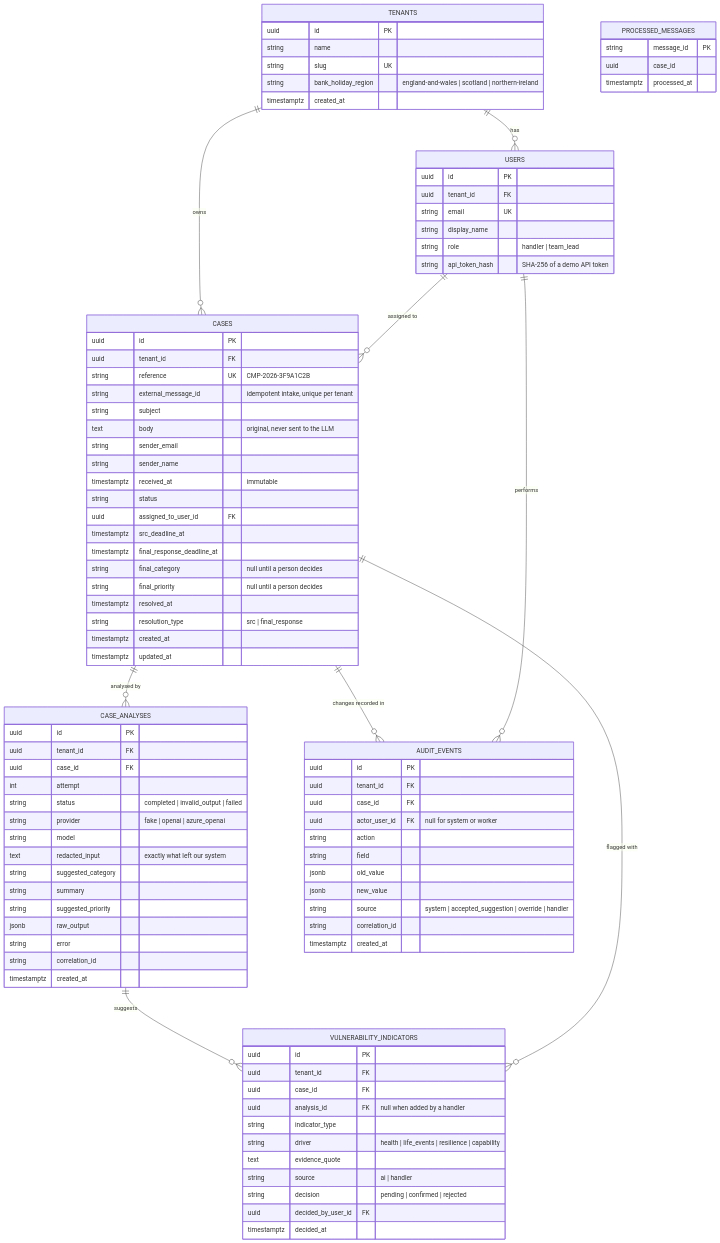
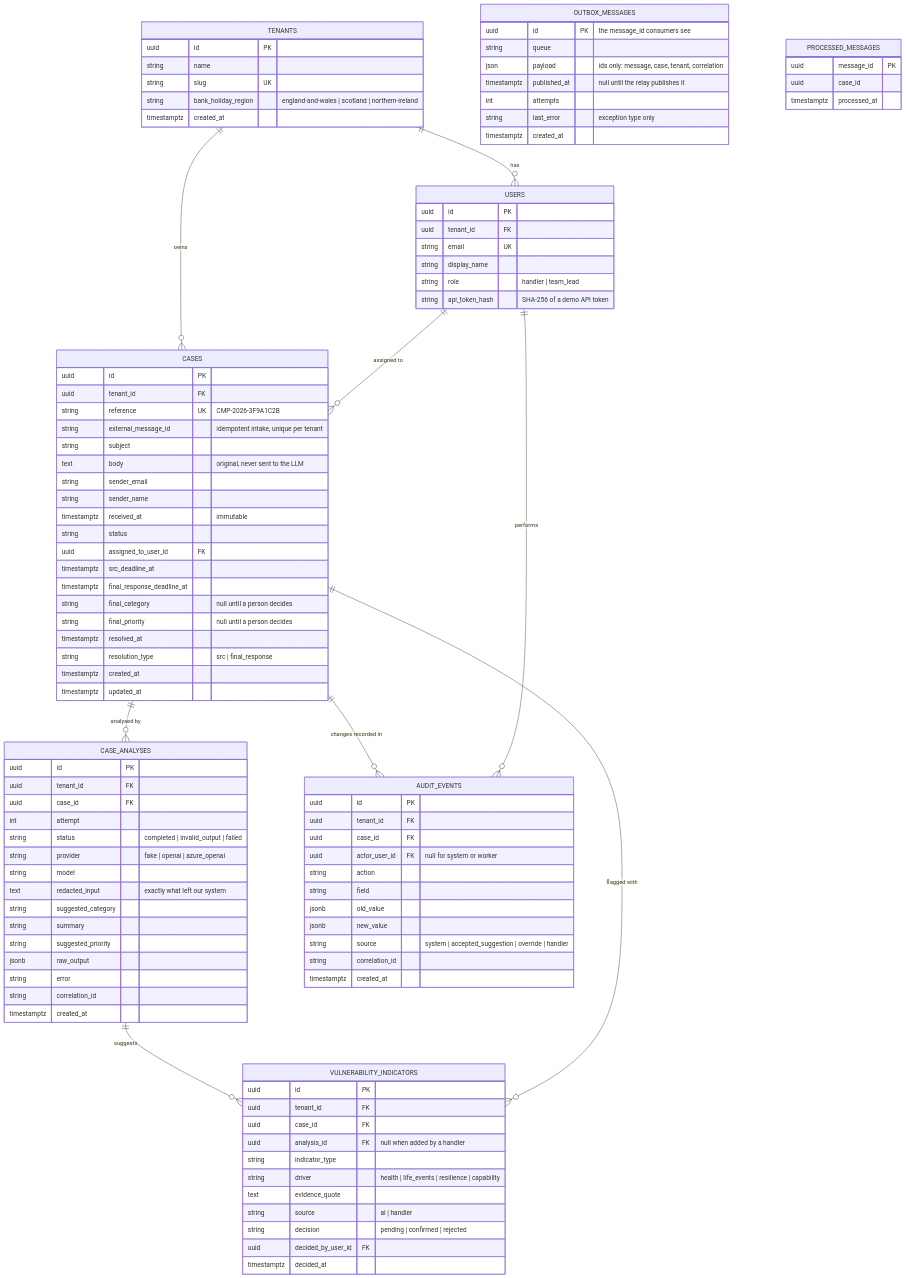
The first of 2 diagrams in docs/data-model.md (IRAKLIABELASHVILI/complaint-intake-copilot), drawn with Mermaid before and after one commit. The commit also changed other lines of this file and 35 other files, not shown here.

```diff
--- a/docs/data-model.md
+++ b/docs/data-model.md
@@ -93,8 +93,17 @@
         string correlation_id
         timestamptz created_at
     }
+    OUTBOX_MESSAGES {
+        uuid id PK "the message_id consumers see"
+        string queue
+        json payload "ids only: message, case, tenant, correlation"
+        timestamptz published_at "null until the relay publishes it"
+        int attempts
+        string last_error "exception type only"
+        timestamptz created_at
+    }
     PROCESSED_MESSAGES {
-        string message_id PK
+        uuid message_id PK
         uuid case_id
         timestamptz processed_at
     }
```
